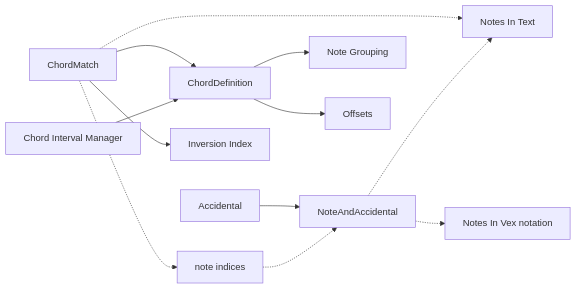
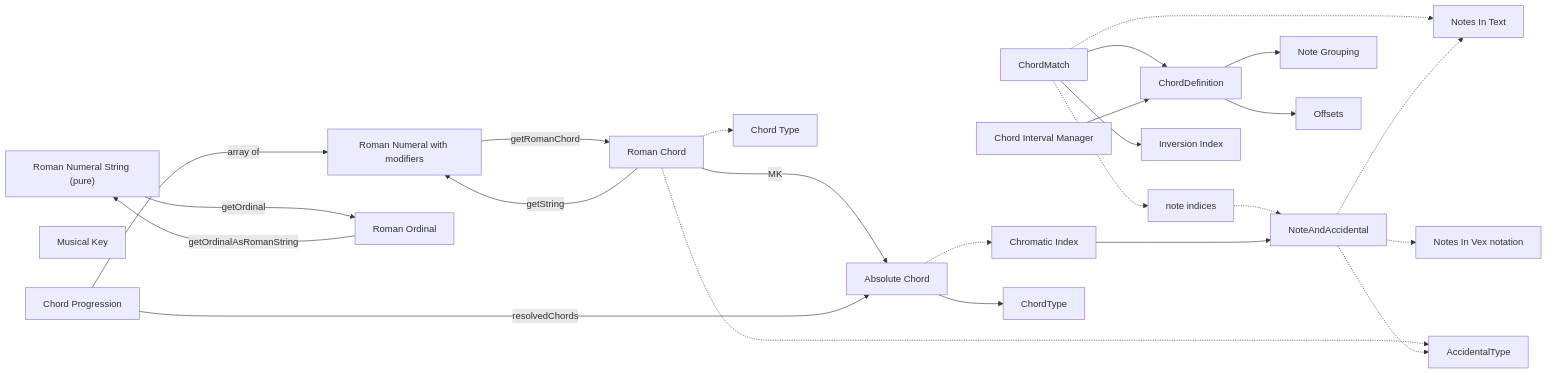
One commit to alekslovestech/chromatic-circle changed the diagram in docs/Representation.mmd. Above: the diagram before and after it, drawn with Mermaid. The commit also changed other lines of this file and 22 other files, not shown here.

```diff
--- a/docs/Representation.mmd
+++ b/docs/Representation.mmd
@@ -1,25 +1,52 @@
 flowchart LR
 
 NI["note indices"]
 NA["NoteAndAccidental"]
 NT["Notes In Text"]
 NV["Notes In Vex notation"]
 CM["ChordMatch"]
 CD["ChordDefinition"]
 CIM["Chord Interval Manager"]
 II["Inversion Index"]
 NG["Note Grouping"]
 OI["Offsets"]
-AC["Accidental"]
+AT["AccidentalType"]
 
-AC --> NA
+RNM["Roman Numeral with modifiers"]
+RNS["Roman Numeral String (pure)"]
+RC["Roman Chord"]
+RO["Roman Ordinal"]
+
+AC["Absolute Chord"]
+MK["Musical Key"]
+CI["Chromatic Index"]
+CT["Chord Type"]
+CP["Chord Progression"]
+
+
 CM --> CD  
 CD --> NG
 CD --> OI
 CIM --> CD
 CM -.-> NT
 CM -.-> NI
 CM --> II
 NI -.-> NA 
 NA -.-> NT 
 NA -.-> NV 
+
+AC -.-> CI
+AC --> ChordType
+RC -.-> CT
+RC -.-> AT
+RC --->|MK| AC
+RNS ---> |getOrdinal| RO
+RO ---> |getOrdinalAsRomanString| RNS
+
+RC ---> |getString| RNM
+RNM ---> |getRomanChord| RC
+
+CI ---> NA
+NA -.-> AT
+CP --->|resolvedChords| AC
+CP ---> |array of| RNM
```
